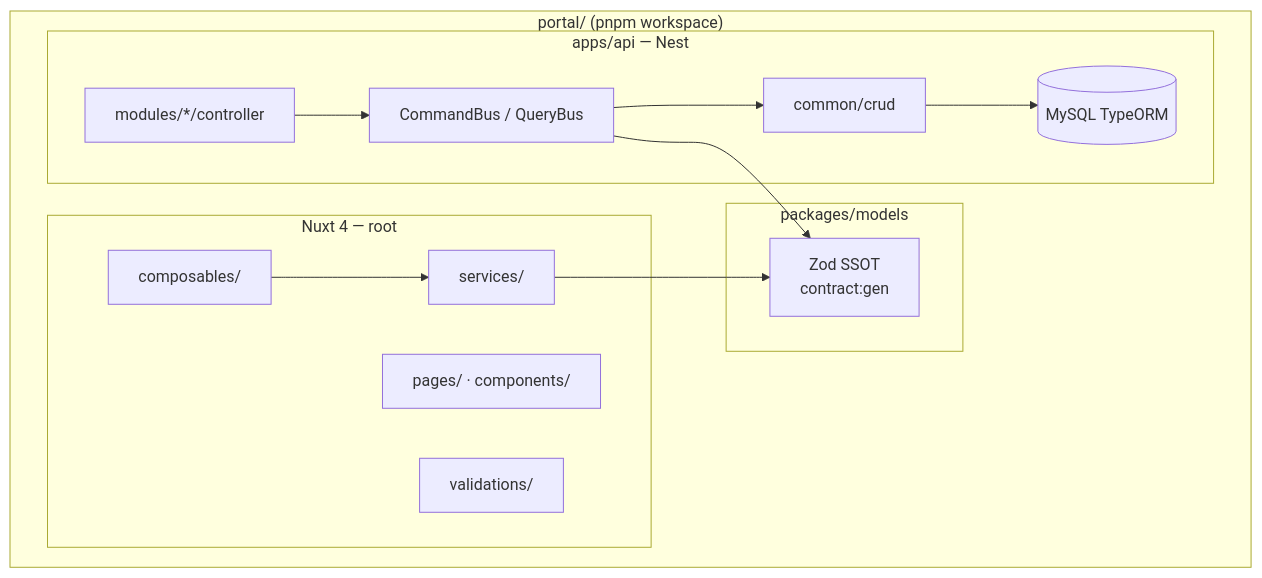
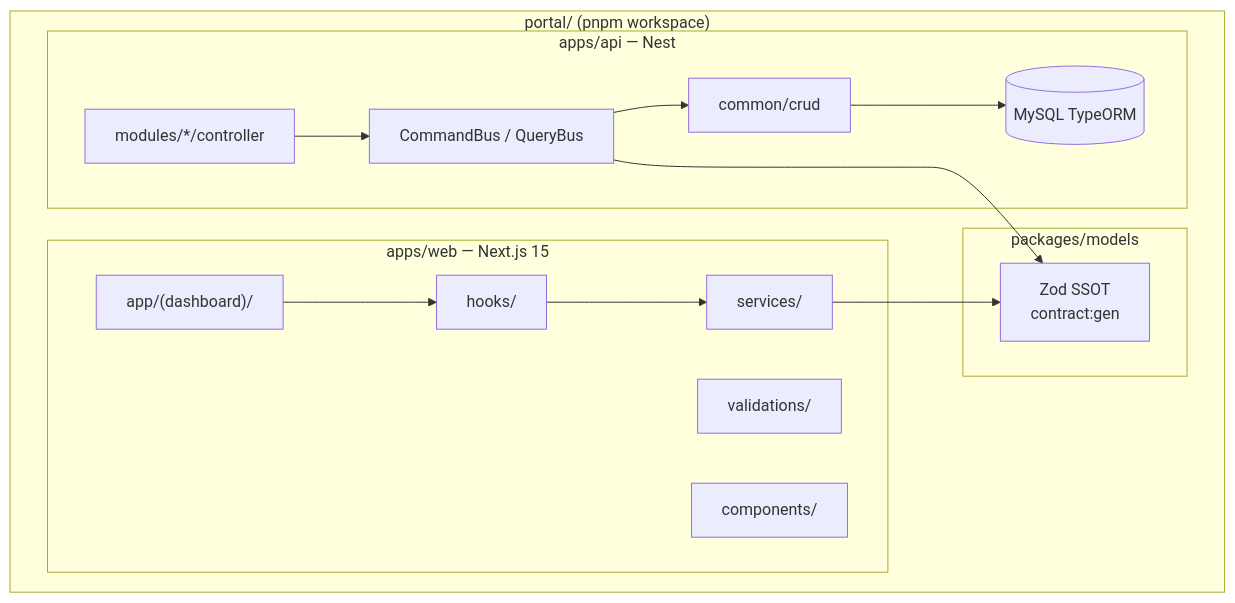
One commit to raintr91/next_nest changed the first of 2 diagrams in docs/operational/ARCHITECTURE.md. Above: the diagram before and after it, drawn with Mermaid. The commit also changed other lines of this file and 836 other files, not shown here.

````diff
--- a/docs/operational/ARCHITECTURE.md
+++ b/docs/operational/ARCHITECTURE.md
@@ -15,27 +15,29 @@
 ```mermaid
 flowchart TB
   subgraph Root["portal/ (pnpm workspace)"]
-    subgraph FE["Nuxt 4 — root"]
-      P[pages/ · components/]
-      CO[composables/]
+    subgraph FE["apps/web — Next.js 15"]
+      APP["app/(dashboard)/"]
+      HOOKS[hooks/]
       SV[services/]
       VA[validations/]
+      CMP[components/]
     end
 
     subgraph PKG["packages/models"]
       ZOD["Zod SSOT\ncontract:gen"]
     end
 
     subgraph API["apps/api — Nest"]
       CTL[modules/*/controller]
       CQRS[CommandBus / QueryBus]
       COM[common/crud]
       DB[(MySQL TypeORM)]
     end
   end
 
-  CO --> SV
+  APP --> HOOKS
+  HOOKS --> SV
   SV --> ZOD
   CTL --> CQRS --> COM --> DB
   CQRS --> ZOD
 ```
````
